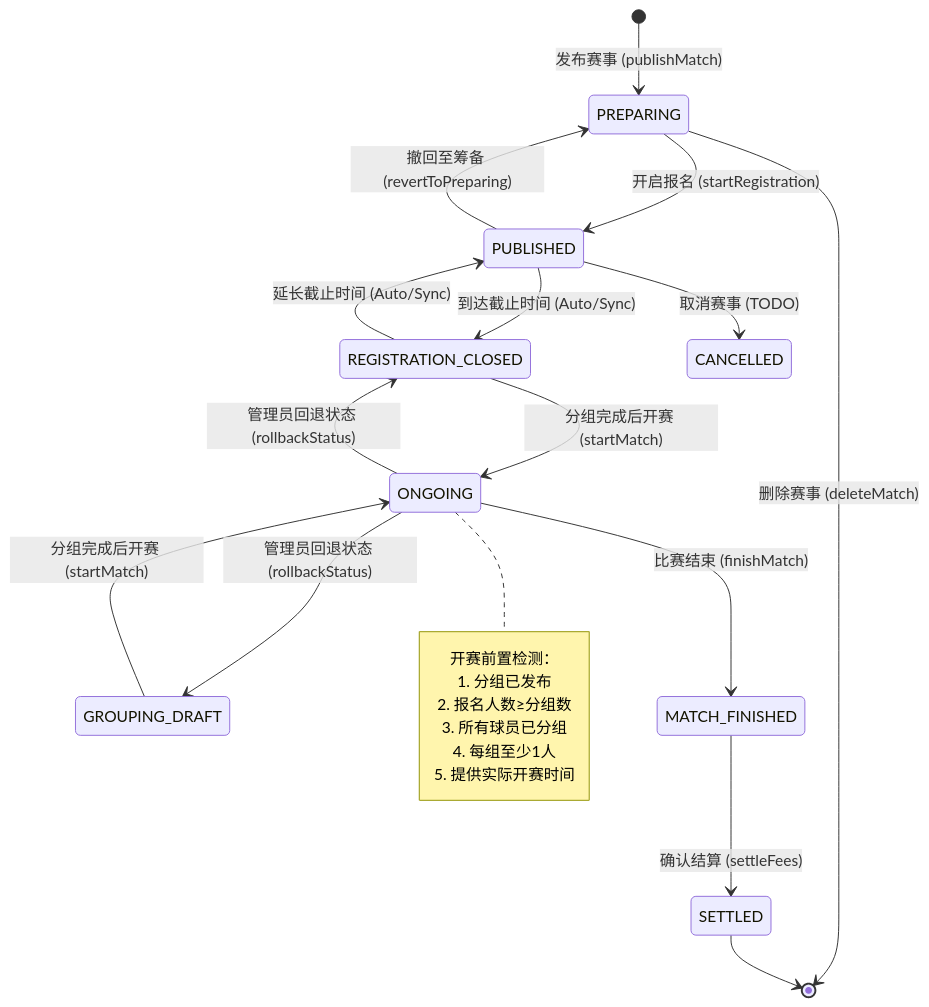
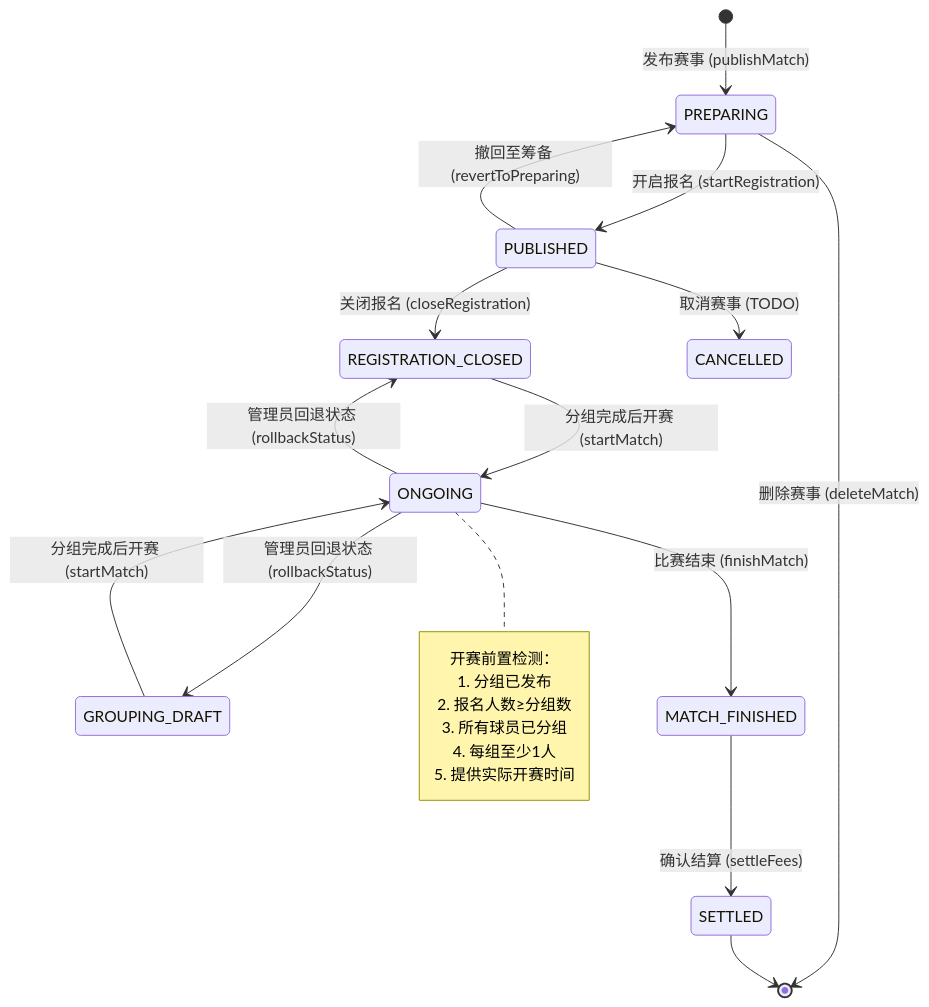
One commit to liveForExperience/pitch-master changed the first of 4 diagrams in docs/WORKFLOW.md. Above: the diagram before and after it, drawn with Mermaid. The commit also changed other lines of this file and 41 other files, not shown here.

````diff
--- a/docs/WORKFLOW.md
+++ b/docs/WORKFLOW.md
@@ -7,29 +7,28 @@
 ```mermaid
 stateDiagram-v2
     [*] --> PREPARING : 发布赛事 (publishMatch)
     PREPARING --> PUBLISHED : 开启报名 (startRegistration)
     PUBLISHED --> PREPARING : 撤回至筹备 (revertToPreparing)
     PREPARING --> [*] : 删除赛事 (deleteMatch)
     
-    PUBLISHED --> REGISTRATION_CLOSED : 到达截止时间 (Auto/Sync)
-    REGISTRATION_CLOSED --> PUBLISHED : 延长截止时间 (Auto/Sync)
+    PUBLISHED --> REGISTRATION_CLOSED : 关闭报名 (closeRegistration)
     
     PUBLISHED --> CANCELLED : 取消赛事 (TODO)
     
     REGISTRATION_CLOSED --> ONGOING : 分组完成后开赛 (startMatch)
     GROUPING_DRAFT --> ONGOING : 分组完成后开赛 (startMatch)
     ONGOING --> REGISTRATION_CLOSED : 管理员回退状态 (rollbackStatus)
     ONGOING --> GROUPING_DRAFT : 管理员回退状态 (rollbackStatus)
     ONGOING --> MATCH_FINISHED : 比赛结束 (finishMatch)
     MATCH_FINISHED --> SETTLED : 确认结算 (settleFees)
     SETTLED --> [*]
     
     note right of ONGOING
         开赛前置检测：
         1. 分组已发布
         2. 报名人数≥分组数
         3. 所有球员已分组
         4. 每组至少1人
         5. 提供实际开赛时间
     end note
 ```
````
